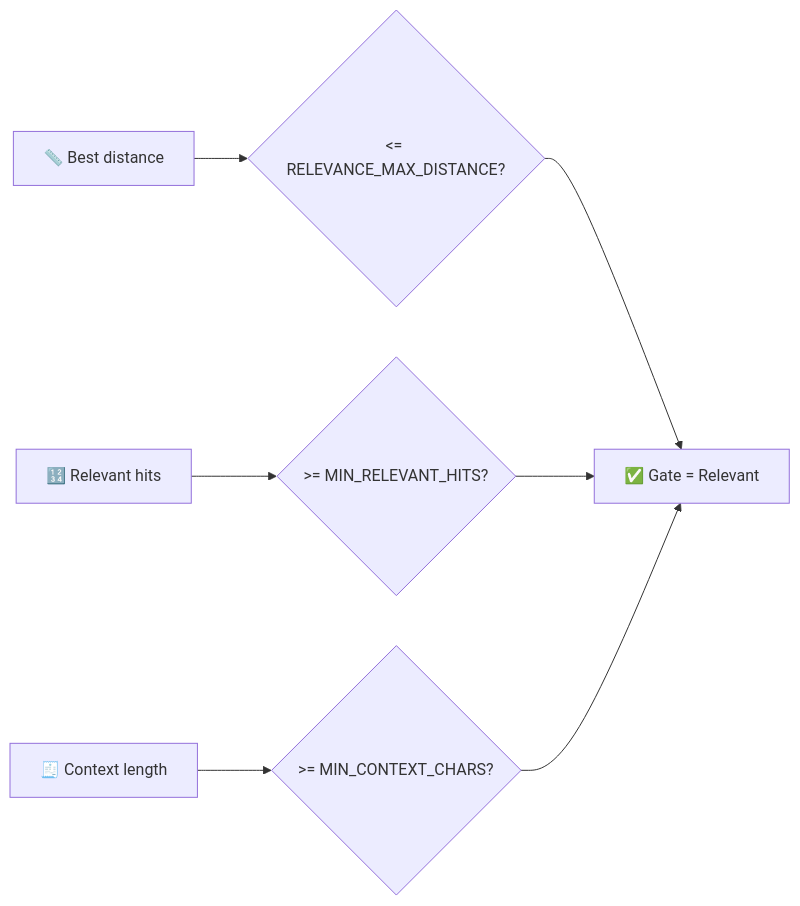
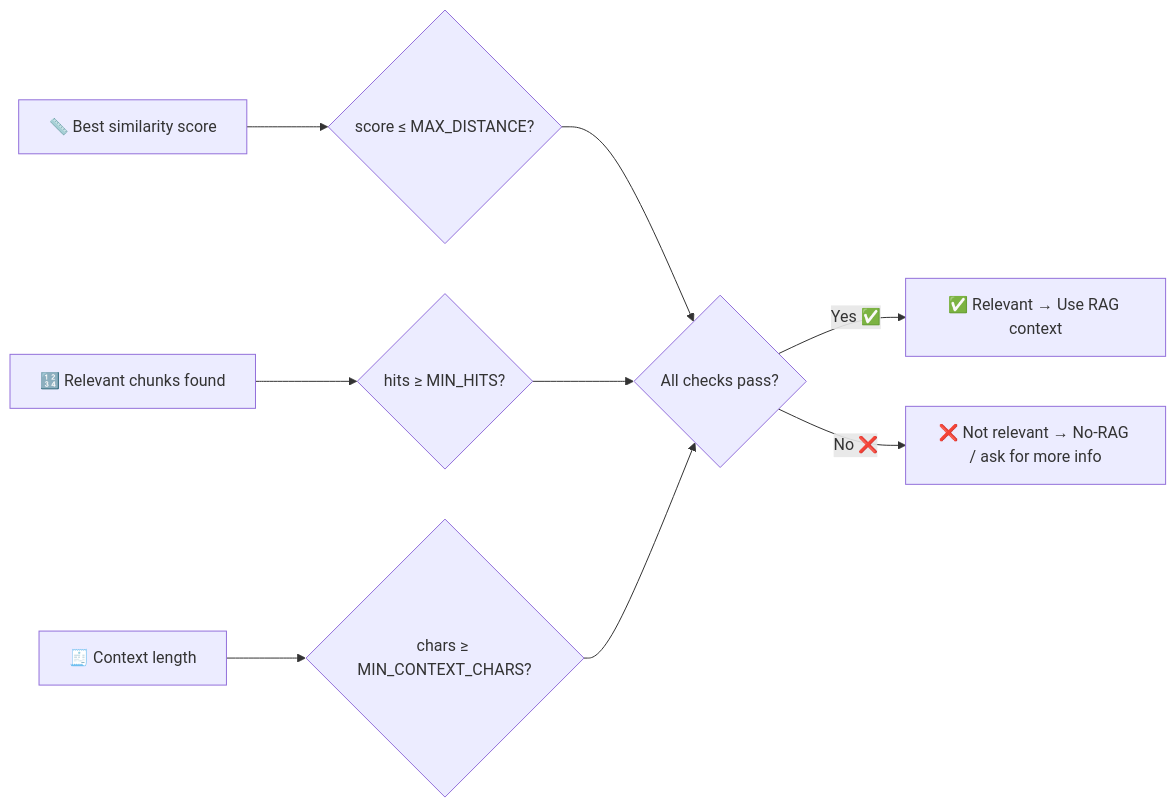
Before and after one commit to LauraAva/rag-ollama-set-up: the second of 2 diagrams in docs/PROCESS_VISUALIZATION_TRIAL.md, drawn with Mermaid. The commit also changed other lines of this file, not shown here.

````diff
--- a/docs/PROCESS_VISUALIZATION_TRIAL.md
+++ b/docs/PROCESS_VISUALIZATION_TRIAL.md
@@ -52,14 +52,17 @@
 ```mermaid
 
 flowchart LR
-  D[📏 Best distance] --> T{<= RELEVANCE_MAX_DISTANCE?}
-  H[🔢 Relevant hits] --> M{>= MIN_RELEVANT_HITS?}
-  C[🧾 Context length] --> K{>= MIN_CONTEXT_CHARS?}
 
-  T --> G[✅ Gate = Relevant]
-  M --> G
-  K --> G
+  D["📏 Best similarity score"] --> T{"score ≤ MAX_DISTANCE?"}
+  H["🔢 Relevant chunks found"] --> M{"hits ≥ MIN_HITS?"}
+  C["🧾 Context length"] --> K{"chars ≥ MIN_CONTEXT_CHARS?"}
 
+  T --> AND{"All checks pass?"}
+  M --> AND
+  K --> AND
+
+  AND -- "Yes ✅" --> G["✅ Relevant → Use RAG context"]
+  AND -- "No ❌" --> N["❌ Not relevant → No-RAG / ask for more info"]
 
 
 ```
````
